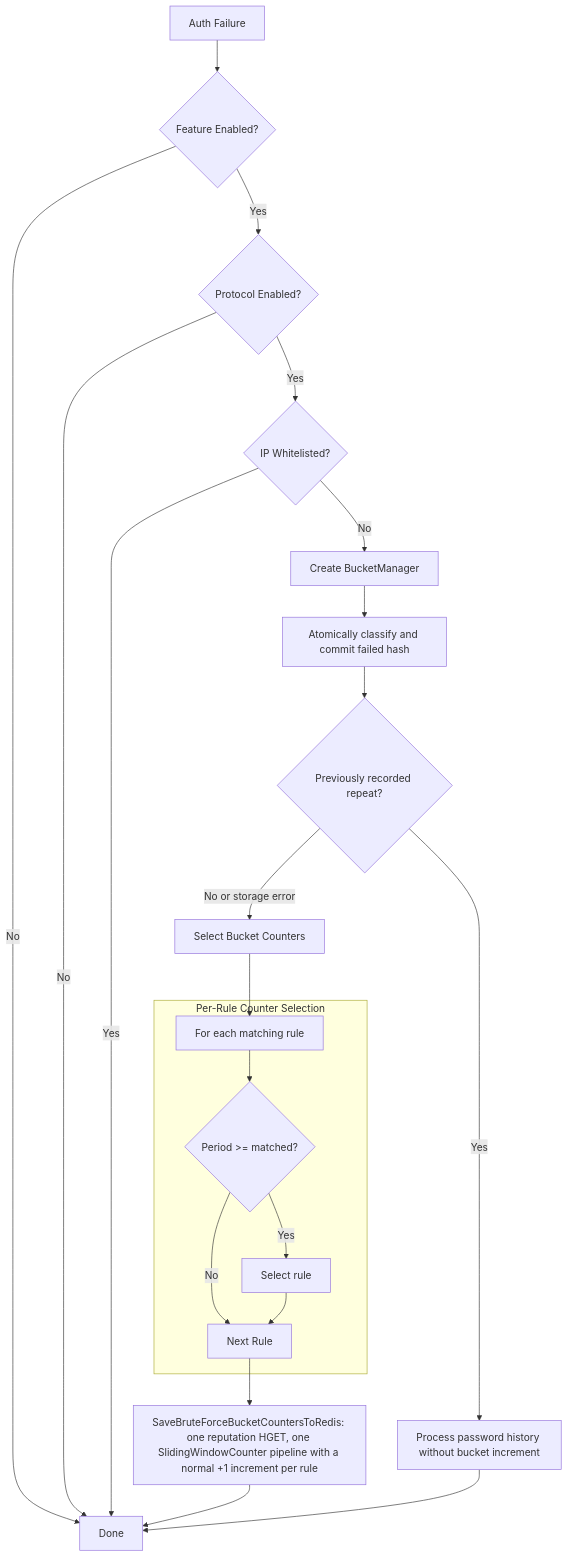
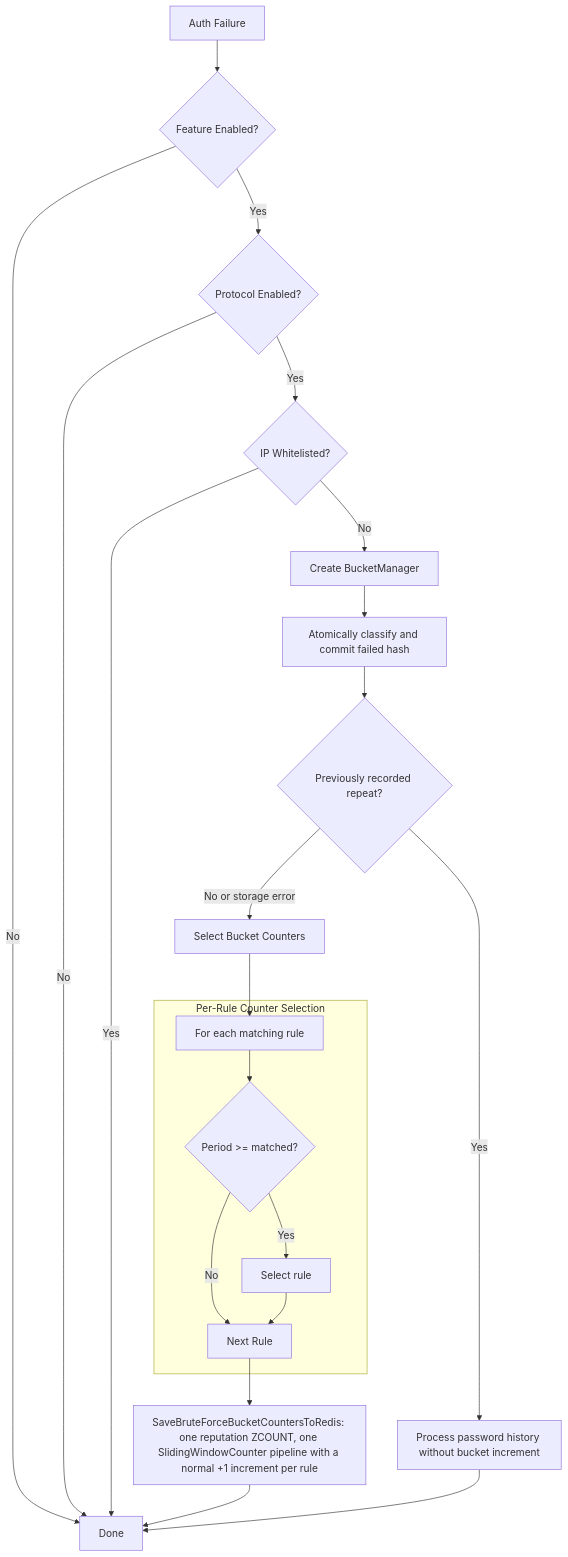
Before and after one commit to croessner/nauthilus: the second of 3 diagrams in server/docs/bruteforce_protection.md, drawn with Mermaid. The commit also changed other lines of this file and 21 other files, not shown here.

First line of the commit message:
Fix: Count toleration failures per attempt within the window

````diff
--- a/server/docs/bruteforce_protection.md
+++ b/server/docs/bruteforce_protection.md
@@ -88,28 +88,28 @@
 ```mermaid
 flowchart TD
     U_START[Auth Failure] --> U_FEAT{Feature Enabled?}
     U_FEAT -- No --> U_DONE[Done]
     U_FEAT -- Yes --> U_PROTO{Protocol Enabled?}
     U_PROTO -- No --> U_DONE
     U_PROTO -- Yes --> U_WL{IP Whitelisted?}
     U_WL -- Yes --> U_DONE
     U_WL -- No --> U_BM[Create BucketManager]
     U_BM --> U_COMMIT[Atomically classify and commit failed hash]
     U_COMMIT --> U_REPEAT{Previously recorded repeat?}
     U_REPEAT -- Yes --> U_SKIP[Process password history without bucket increment]
     U_REPEAT -- No or storage error --> U_UPDATE
 
 U_UPDATE[Select Bucket Counters]
 U_UPDATE --> U_RULE_LOOP
 
 subgraph Bucket_Update [Per-Rule Counter Selection]
 U_RULE_LOOP[For each matching rule] --> U_PERIOD{Period >= matched?}
 U_PERIOD -- Yes --> U_SELECT[Select rule]
 U_PERIOD -- No --> U_NEXT[Next Rule]
 U_SELECT --> U_NEXT
 end
 
-U_NEXT --> U_SAVE[SaveBruteForceBucketCountersToRedis: one reputation HGET, one SlidingWindowCounter pipeline with a normal +1 increment per rule]
+U_NEXT --> U_SAVE[SaveBruteForceBucketCountersToRedis: one reputation ZCOUNT, one SlidingWindowCounter pipeline with a normal +1 increment per rule]
 U_SAVE --> U_DONE
 U_SKIP --> U_DONE
 ```
````
